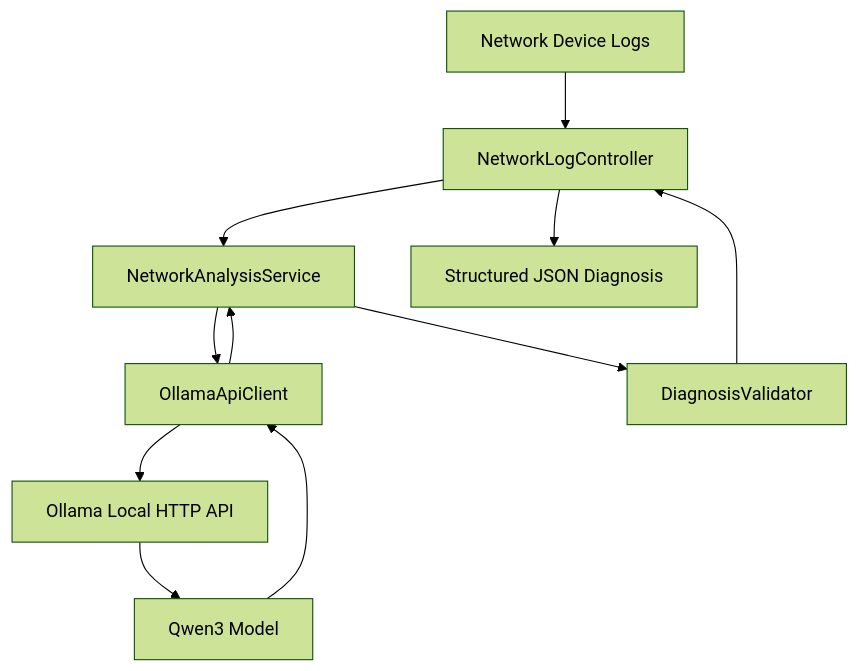
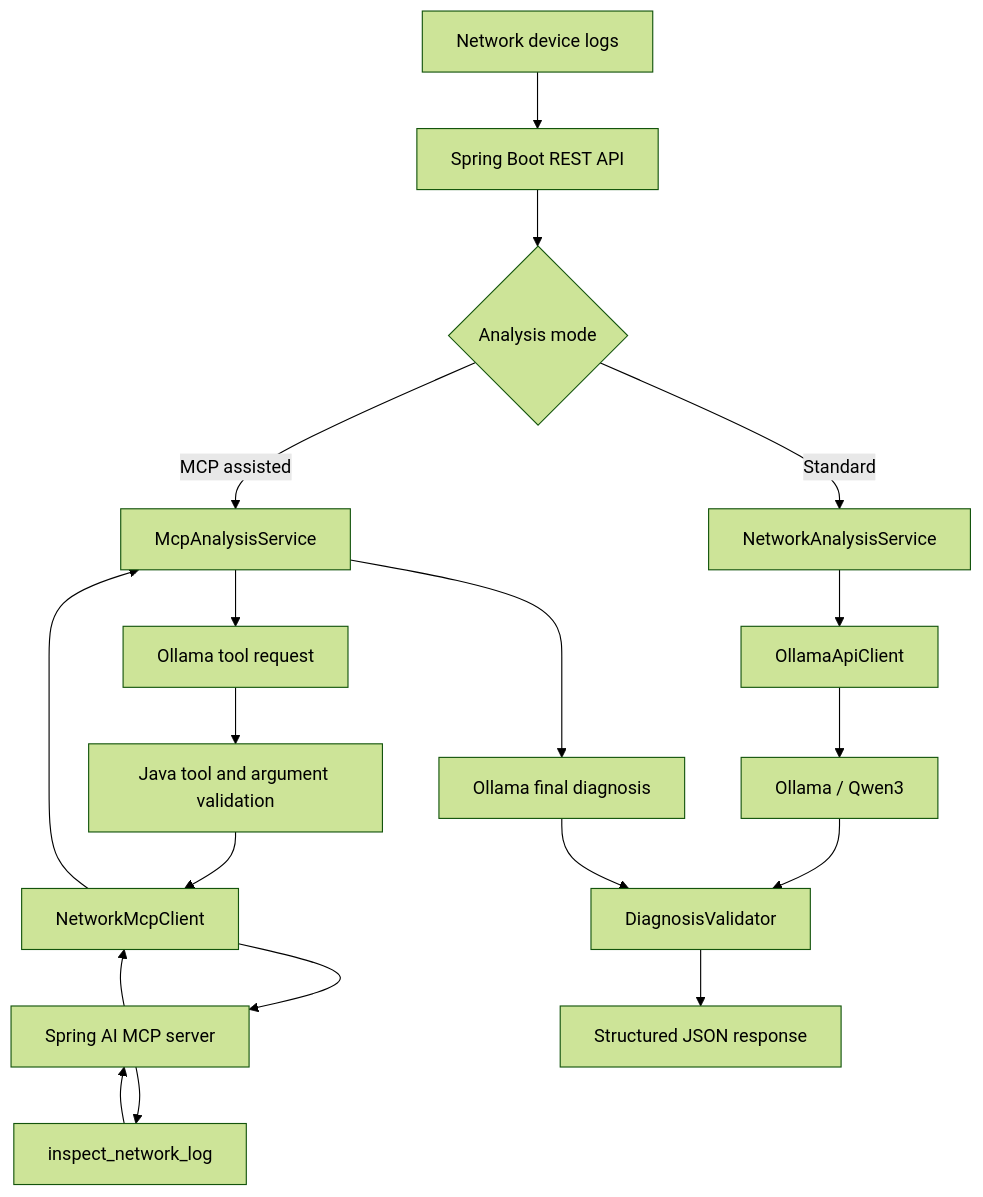
The diagram in README.md (ahmadmuh062/ai-network-troubleshooting-agent), drawn with Mermaid (forest theme) before and after one commit. The commit also changed other lines of this file, not shown here.

Commit message:
docs: Update README with completed MCP integration

````diff
--- a/README.md
+++ b/README.md
@@ -38,13 +54,21 @@
 ```mermaid
 flowchart TD
-    A[Network Device Logs] --> B[NetworkLogController]
-    B --> C[NetworkAnalysisService]
-    C --> D[OllamaApiClient]
-    D --> E[Ollama Local HTTP API]
-    E --> F[Qwen3 Model]
-    F --> D
-    D --> C
-    C --> G[DiagnosisValidator]
-    G --> B
-    B --> H[Structured JSON Diagnosis]
+    A[Network device logs] --> B[Spring Boot REST API]
+    B --> C{Analysis mode}
+    C -->|Standard| D[NetworkAnalysisService]
+    D --> E[OllamaApiClient]
+    E --> F[Ollama / Qwen3]
+    C -->|MCP assisted| G[McpAnalysisService]
+    G --> H[Ollama tool request]
+    H --> I[Java tool and argument validation]
+    I --> J[NetworkMcpClient]
+    J --> K[Spring AI MCP server]
+    K --> L[inspect_network_log]
+    L --> K
+    K --> J
+    J --> G
+    G --> M[Ollama final diagnosis]
+    F --> N[DiagnosisValidator]
+    M --> N
+    N --> O[Structured JSON response]
 ```
````
